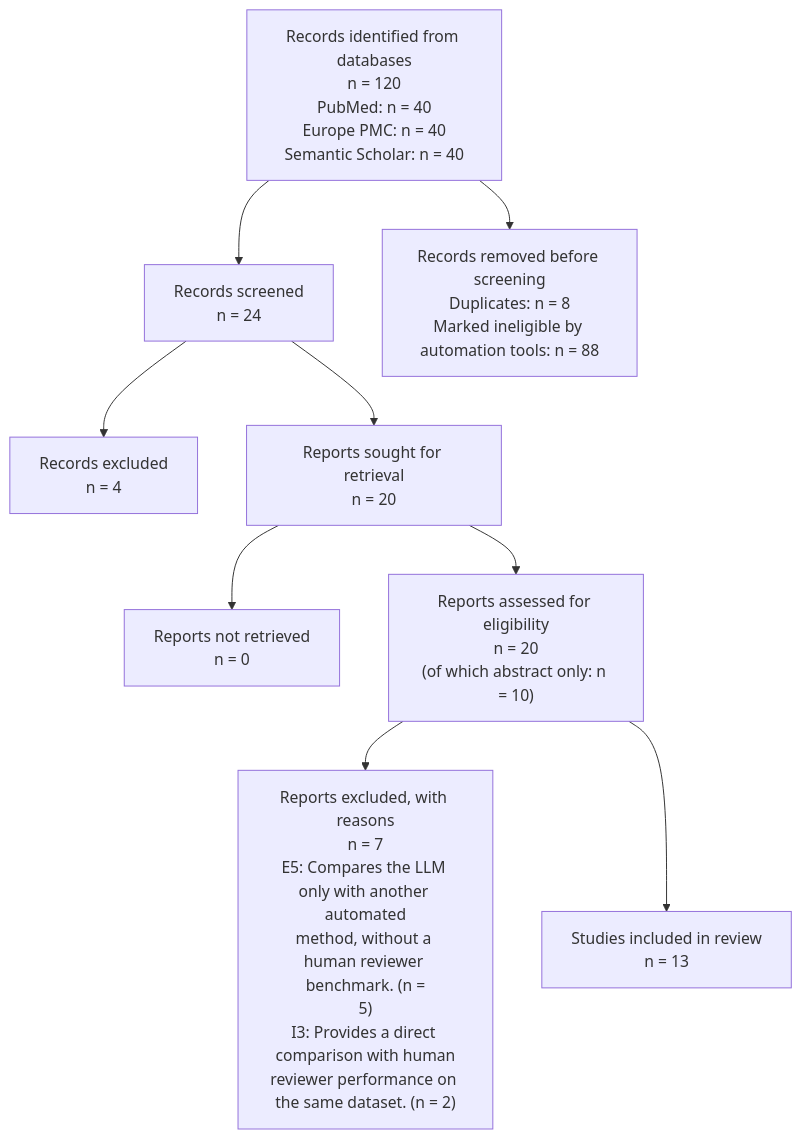
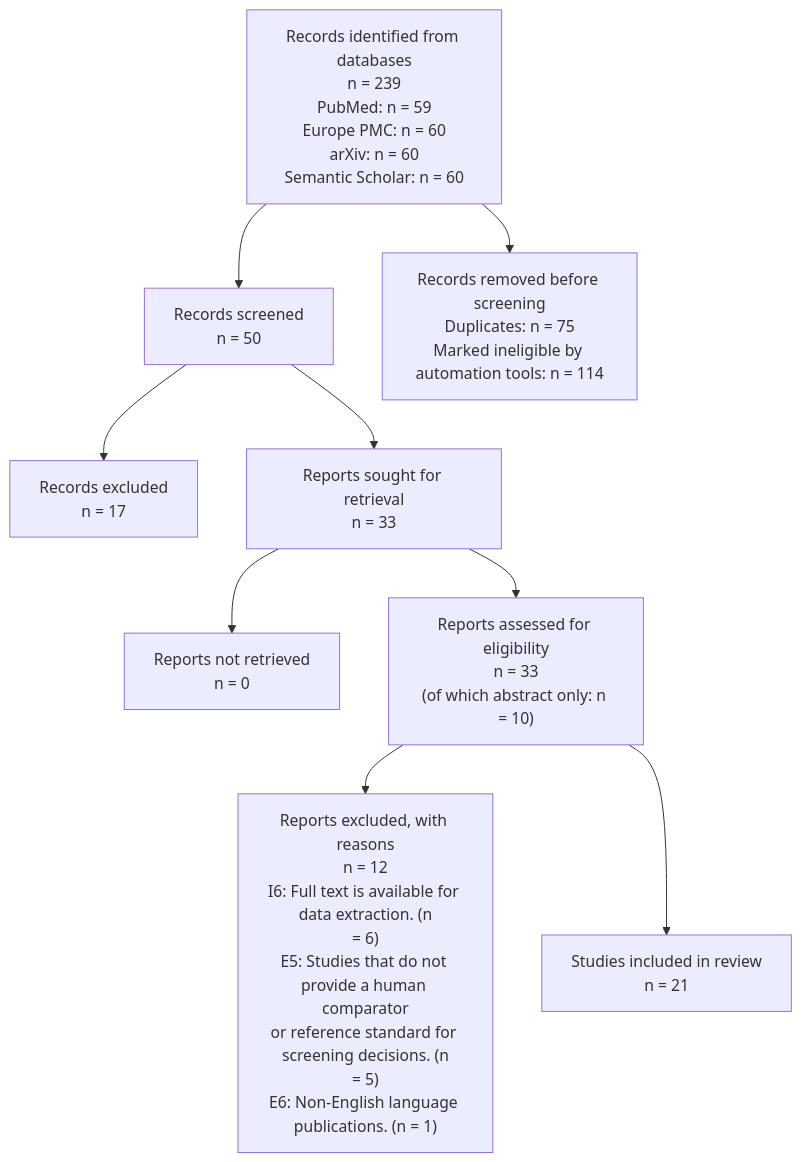
The diagram in examples/demo_run/prisma_flow.mmd (manal-0603/PRISMAgent), drawn with Mermaid before and after one commit. The commit also changed 77 other files, not shown here.

```diff
--- a/examples/demo_run/prisma_flow.mmd
+++ b/examples/demo_run/prisma_flow.mmd
@@ -1,9 +1,9 @@
 flowchart TD
-    A["Records identified from databases<br/>n = 120<br/>PubMed: n = 40<br/>Europe PMC: n = 40<br/>Semantic Scholar: n = 40"] --> B["Records screened<br/>n = 24"]
-    A --> A2["Records removed before screening<br/>Duplicates: n = 8<br/>Marked ineligible by automation tools: n = 88"]
-    B --> B2["Records excluded<br/>n = 4"]
-    B --> C["Reports sought for retrieval<br/>n = 20"]
+    A["Records identified from databases<br/>n = 239<br/>PubMed: n = 59<br/>Europe PMC: n = 60<br/>arXiv: n = 60<br/>Semantic Scholar: n = 60"] --> B["Records screened<br/>n = 50"]
+    A --> A2["Records removed before screening<br/>Duplicates: n = 75<br/>Marked ineligible by automation tools: n = 114"]
+    B --> B2["Records excluded<br/>n = 17"]
+    B --> C["Reports sought for retrieval<br/>n = 33"]
     C --> C2["Reports not retrieved<br/>n = 0"]
-    C --> D["Reports assessed for eligibility<br/>n = 20<br/>(of which abstract only: n = 10)"]
-    D --> D2["Reports excluded, with reasons<br/>n = 7<br/>E5: Compares the LLM only with another automated<br/>method, without a human reviewer benchmark. (n =<br/>5)<br/>I3: Provides a direct comparison with human<br/>reviewer performance on the same dataset. (n = 2)"]
-    D --> E["Studies included in review<br/>n = 13"]
+    C --> D["Reports assessed for eligibility<br/>n = 33<br/>(of which abstract only: n = 10)"]
+    D --> D2["Reports excluded, with reasons<br/>n = 12<br/>I6: Full text is available for data extraction. (n<br/>= 6)<br/>E5: Studies that do not provide a human comparator<br/>or reference standard for screening decisions. (n<br/>= 5)<br/>E6: Non‑English language publications. (n = 1)"]
+    D --> E["Studies included in review<br/>n = 21"]
```
